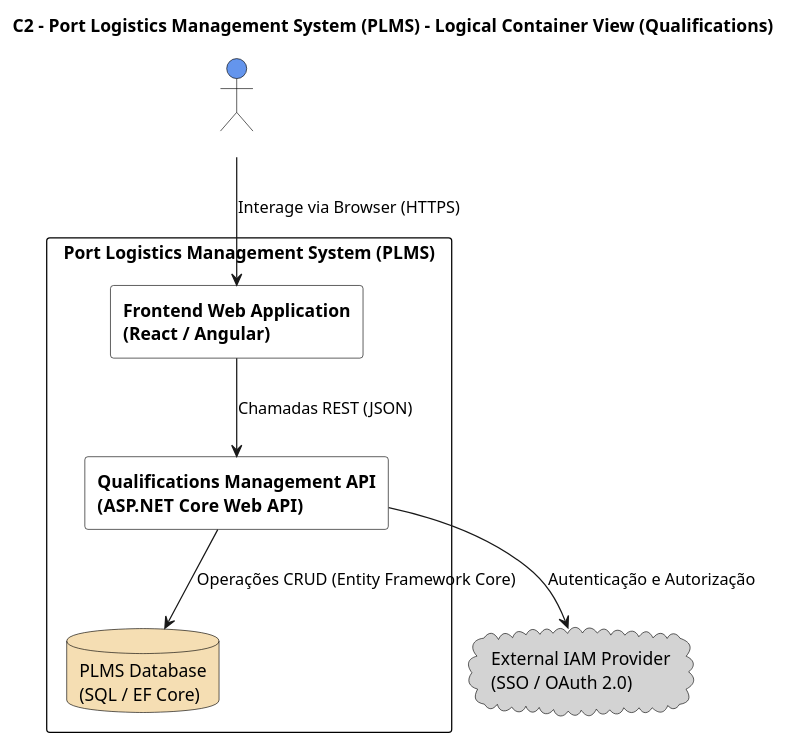
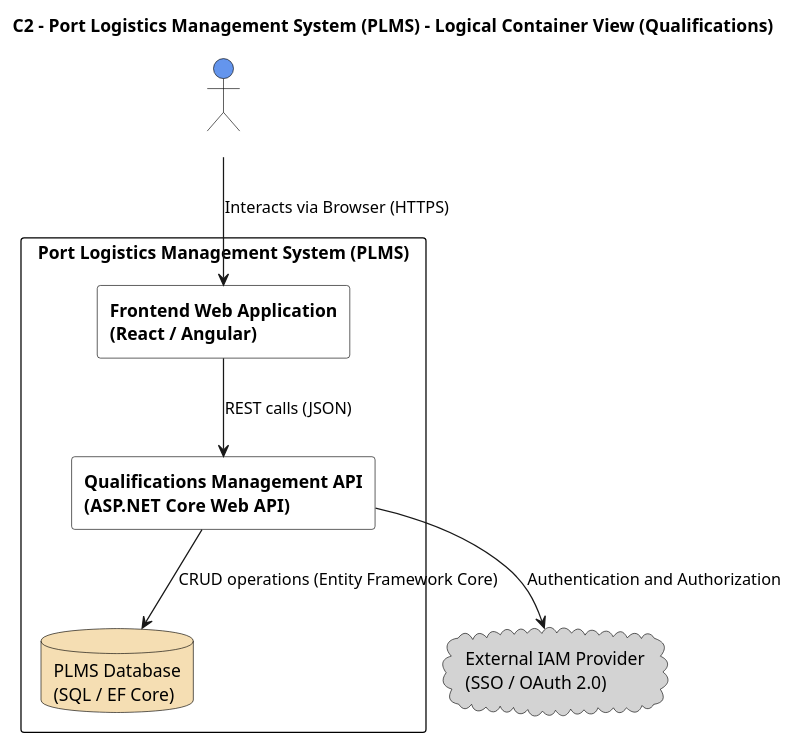
One commit to Departamento-de-Engenharia-Informatica/LEI-SEM5-PI-2025-26-3DM-03 changed the diagram in Docs/Sprint A/US 2.2.13/Modelo c4/C2_Logica.puml. Above: the diagram before and after it, drawn with PlantUML. The commit also changed 10 other files, not shown here.

Commit message:
Translate UML diagrams and documentation for Manage Qualifications use case to English (us 2.2.13) #14

```diff
--- a/Docs/Sprint A/US 2.2.13/Modelo c4/C2_Logica.puml
+++ b/Docs/Sprint A/US 2.2.13/Modelo c4/C2_Logica.puml
@@ -1,45 +1,45 @@
 @startuml C2_Manage_Qualifications_Logical_View
 title C2 – Port Logistics Management System (PLMS) – Logical Container View (Qualifications)
 
 skinparam rectangle {
   BackgroundColor White
   BorderColor Black
   FontColor Black
   FontStyle bold
 }
 skinparam database {
   BackgroundColor Wheat
   BorderColor Black
   FontColor Black
 }
 skinparam cloud {
   BackgroundColor LightGray
   BorderColor Black
   FontColor Black
 }
 skinparam actor {
   BackgroundColor CornflowerBlue
   FontColor White
   BorderColor Black
 }
 
-' === Atores Externos ===
+' === External Actors ===
 actor "Port Authority Officer" as Officer
 
-' === Sistema Externo ===
+' === External System ===
 cloud "External IAM Provider\n(SSO / OAuth 2.0)" as IAM
 
-' === Sistema em foco ===
+' === System in focus ===
 rectangle "Port Logistics Management System (PLMS)" as PLMS {
   rectangle "Frontend Web Application\n(React / Angular)" as Frontend
   rectangle "Qualifications Management API\n(ASP.NET Core Web API)" as API
   database "PLMS Database\n(SQL / EF Core)" as DB
 }
 
 ' === Relações ===
-Officer --> Frontend : Interage via Browser (HTTPS)
-Frontend --> API : Chamadas REST (JSON)
-API --> DB : Operações CRUD (Entity Framework Core)
-API --> IAM : Autenticação e Autorização
+Officer --> Frontend : Interacts via Browser (HTTPS)
+Frontend --> API : REST calls (JSON)
+API --> DB : CRUD operations (Entity Framework Core)
+API --> IAM : Authentication and Authorization
 
 @enduml
```
